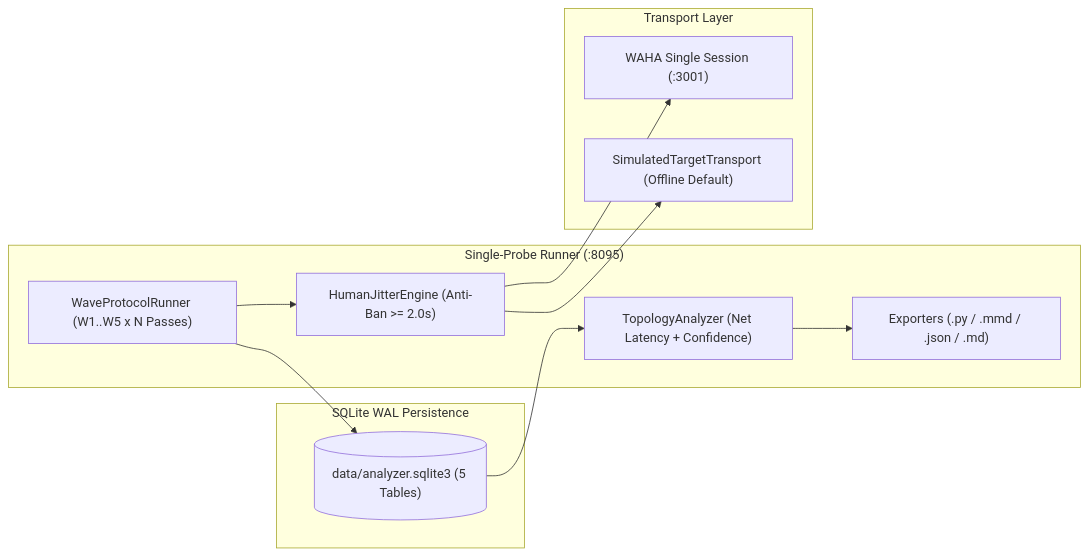
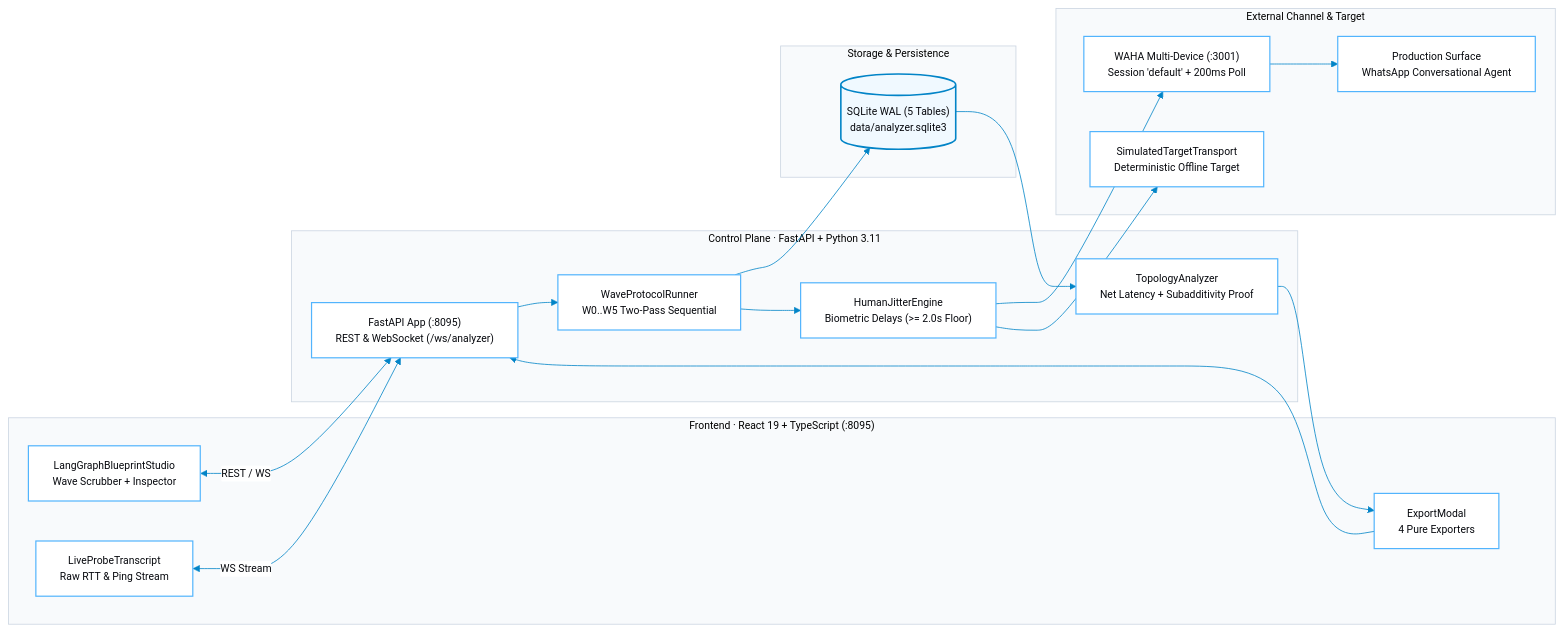
The diagram in README.md (hsnlabs-ai/agent-analyzer), drawn with Mermaid before and after one commit. The commit also changed other lines of this file and 6 other files, not shown here.

````diff
--- a/README.md
+++ b/README.md
@@ -36,25 +38,43 @@
 ```mermaid
+%%{init: {'theme': 'base', 'themeVariables': {'primaryColor': '#ffffff', 'primaryTextColor': '#07090e', 'primaryBorderColor': '#52B4FD', 'lineColor': '#0284c7', 'clusterBkg': '#f8fafc', 'clusterBorder': '#cbd5e1', 'fontFamily': 'Inter, system-ui, sans-serif', 'fontSize': '13px'}}}%%
 flowchart LR
-    subgraph Probe["Single-Probe Runner (:8095)"]
-      J["HumanJitterEngine (Anti-Ban >= 2.0s)"]
-      W["WaveProtocolRunner (W1..W5 x N Passes)"]
-      A["TopologyAnalyzer (Net Latency + Confidence)"]
-      E["Exporters (.py / .mmd / .json / .md)"]
+    subgraph Frontend["Frontend · React 19 + TypeScript (:8095)"]
+        UI["LangGraphBlueprintStudio<br/>Wave Scrubber + Inspector"]
+        Transcript["LiveProbeTranscript<br/>Raw RTT & Ping Stream"]
+        Exporter["ExportModal<br/>4 Pure Exporters"]
     end
 
-    subgraph Bridge["Transport Layer"]
-      WAHA["WAHA Single Session (:3001)"]
-      SIM["SimulatedTargetTransport (Offline Default)"]
+    subgraph Backend["Control Plane · FastAPI + Python 3.11"]
+        API["FastAPI App (:8095)<br/>REST & WebSocket (/ws/analyzer)"]
+        Runner["WaveProtocolRunner<br/>W0..W5 Two-Pass Sequential"]
+        Analyzer["TopologyAnalyzer<br/>Net Latency + Subadditivity Proof"]
+        Jitter["HumanJitterEngine<br/>Biometric Delays (>= 2.0s Floor)"]
     end
 
-    subgraph Store["SQLite WAL Persistence"]
-      DB[("data/analyzer.sqlite3 (5 Tables)")]
+    subgraph Storage["Storage & Persistence"]
+        DB[("SQLite WAL (5 Tables)<br/>data/analyzer.sqlite3")]
     end
 
-    W --> J
-    J --> WAHA
-    J --> SIM
-    W --> DB
-    DB --> A
-    A --> E
+    subgraph Channels["External Channel & Target"]
+        WAHA["WAHA Multi-Device (:3001)<br/>Session 'default' + 200ms Poll"]
+        SIM["SimulatedTargetTransport<br/>Deterministic Offline Target"]
+        Target["Production Surface<br/>WhatsApp Conversational Agent"]
+    end
+
+    UI <-->|REST / WS| API
+    Transcript <-->|WS Stream| API
+    Exporter --> API
+    API --> Runner
+    Runner --> DB
+    Runner --> Jitter
+    Jitter --> WAHA
+    Jitter --> SIM
+    WAHA --> Target
+    DB --> Analyzer
+    Analyzer --> Exporter
+
+    classDef box fill:#ffffff,stroke:#52B4FD,stroke-width:1.5px,color:#07090e;
+    classDef store fill:#f0f9ff,stroke:#0284c7,stroke-width:2px,color:#07090e;
+    class UI,Transcript,Exporter,API,Runner,Analyzer,Jitter,WAHA,SIM,Target box;
+    class DB store;
 ```
````
